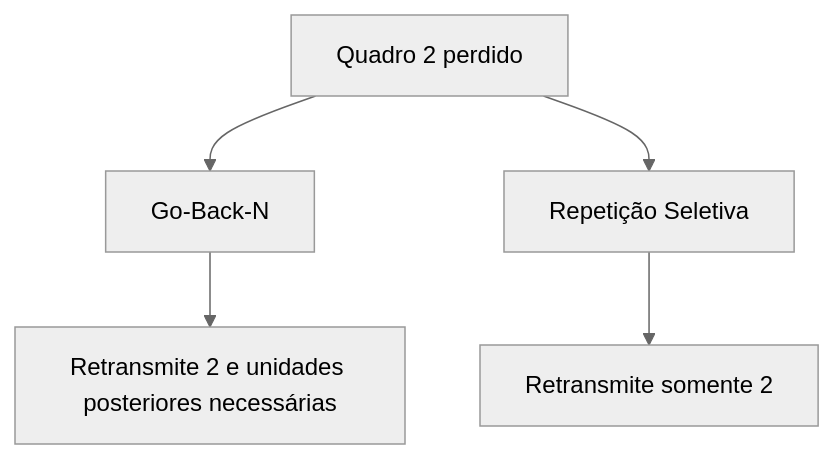
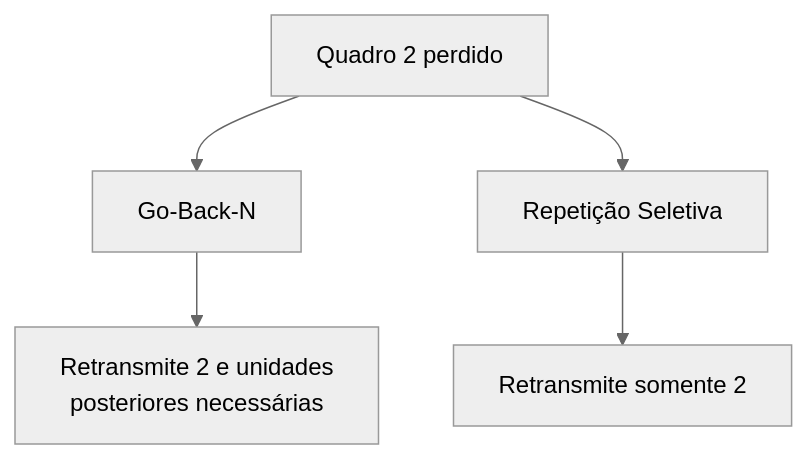
Before and after one commit to jurandysoares/janelas-deslizantes: the diagram in docs/8-go-back-n-x-repeticao-seletiva.md, drawn with Mermaid (neutral theme). The commit also changed 7 other files, not shown here.

Commit message:
feat: Numeração das interações dos diagramas de sequência

````diff
--- a/docs/8-go-back-n-x-repeticao-seletiva.md
+++ b/docs/8-go-back-n-x-repeticao-seletiva.md
@@ -25,8 +25,8 @@
 ```mermaid
 flowchart TB
     A["Quadro 2 perdido"]
     A --> B["Go-Back-N"]
     A --> C["Repetição Seletiva"]
-    B --> D["Retransmite 2 e unidades posteriores necessárias"]
+    B --> D["Retransmite 2 e unidades</br> posteriores necessárias"]
     C --> E["Retransmite somente 2"]
 ```
````
